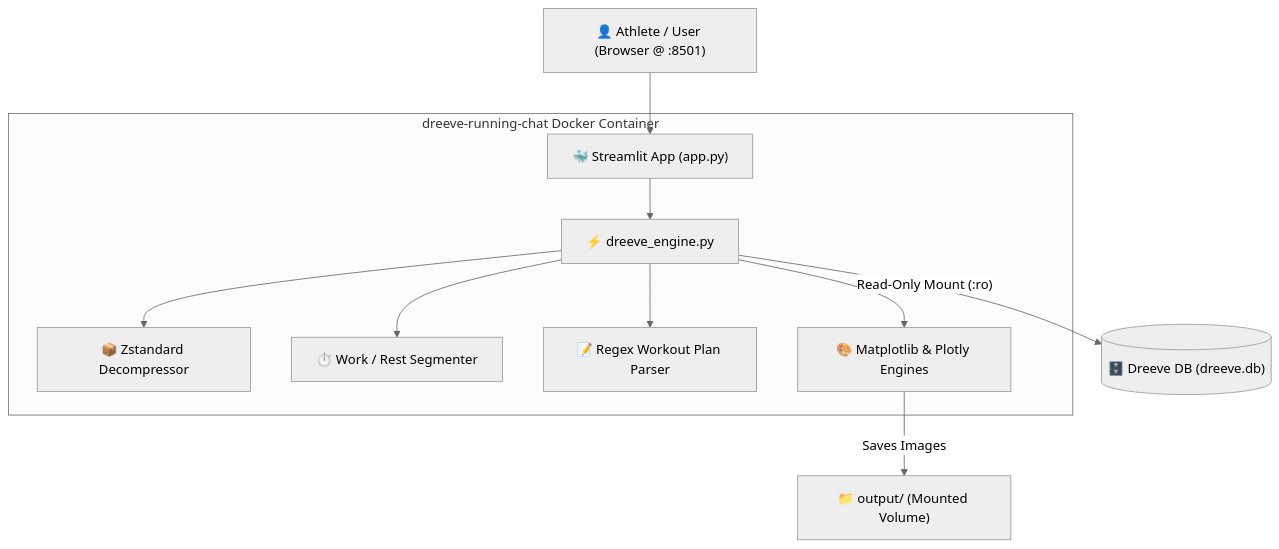
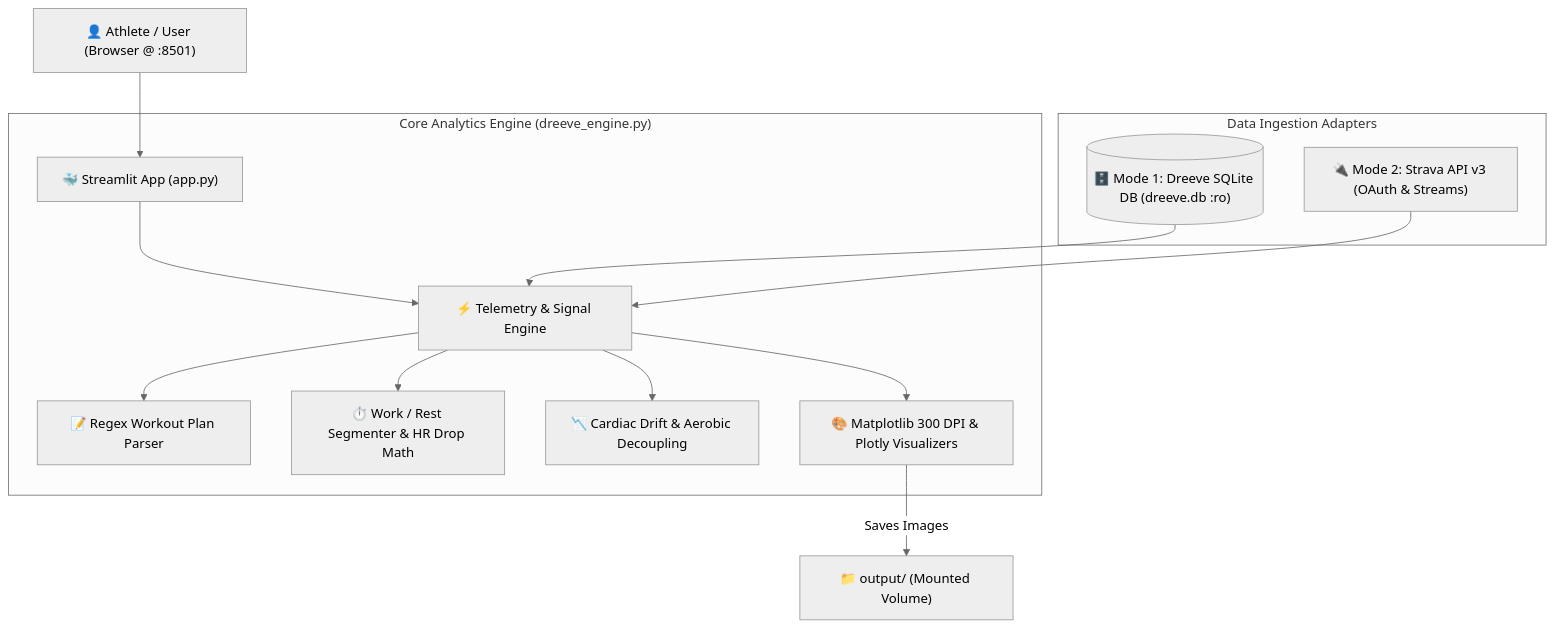
Before and after one commit to JournalKenobi11/Running-analytics-chatbot: the diagram in README.md, drawn with Mermaid (neutral theme). The commit also changed other lines of this file and 1 other file, not shown here.

Commit message:
docs: add Path 2 Strava API v3 guide and comprehensive setup manual for Linux & macOS

````diff
--- a/README.md
+++ b/README.md
@@ -27,15 +34,21 @@
 ```mermaid
 flowchart TD
     User["👤 Athlete / User (Browser @ :8501)"] --> Streamlit["🐳 Streamlit App (app.py)"]
-    
-    subgraph Container["dreeve-running-chat Docker Container"]
-        Streamlit --> Engine["⚡ dreeve_engine.py"]
-        Engine --> Zstd["📦 Zstandard Decompressor"]
-        Engine --> Segmentation["⏱️ Work / Rest Segmenter"]
+
+    subgraph IngestionAdapters["Data Ingestion Adapters"]
+        DreeveDB[("🗄️ Mode 1: Dreeve SQLite DB (dreeve.db :ro)")]
+        StravaAPI["🔌 Mode 2: Strava API v3 (OAuth & Streams)"]
+    end
+
+    subgraph CoreEngine["Core Analytics Engine (dreeve_engine.py)"]
+        Streamlit --> Engine["⚡ Telemetry & Signal Engine"]
         Engine --> PlanParser["📝 Regex Workout Plan Parser"]
-        Engine --> Plotter["🎨 Matplotlib & Plotly Engines"]
+        Engine --> Segmentation["⏱️ Work / Rest Segmenter & HR Drop Math"]
+        Engine --> DriftMath["📉 Cardiac Drift & Aerobic Decoupling"]
+        Engine --> Plotter["🎨 Matplotlib 300 DPI & Plotly Visualizers"]
     end
-    
-    Engine -->|"Read-Only Mount (:ro)"| SQLite[("🗄️ Dreeve DB (dreeve.db)")]
+
+    DreeveDB --> Engine
+    StravaAPI --> Engine
     Plotter -->|"Saves Images"| OutputDir["📁 output/ (Mounted Volume)"]
 ```
````
